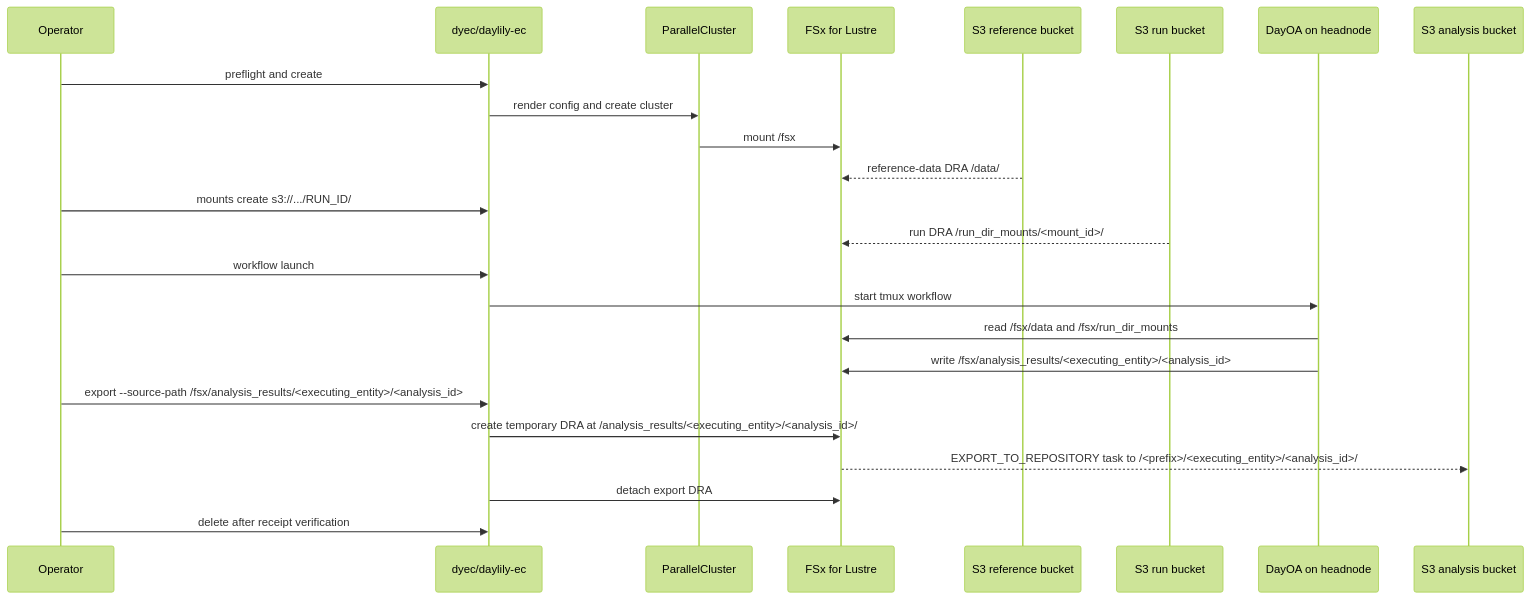
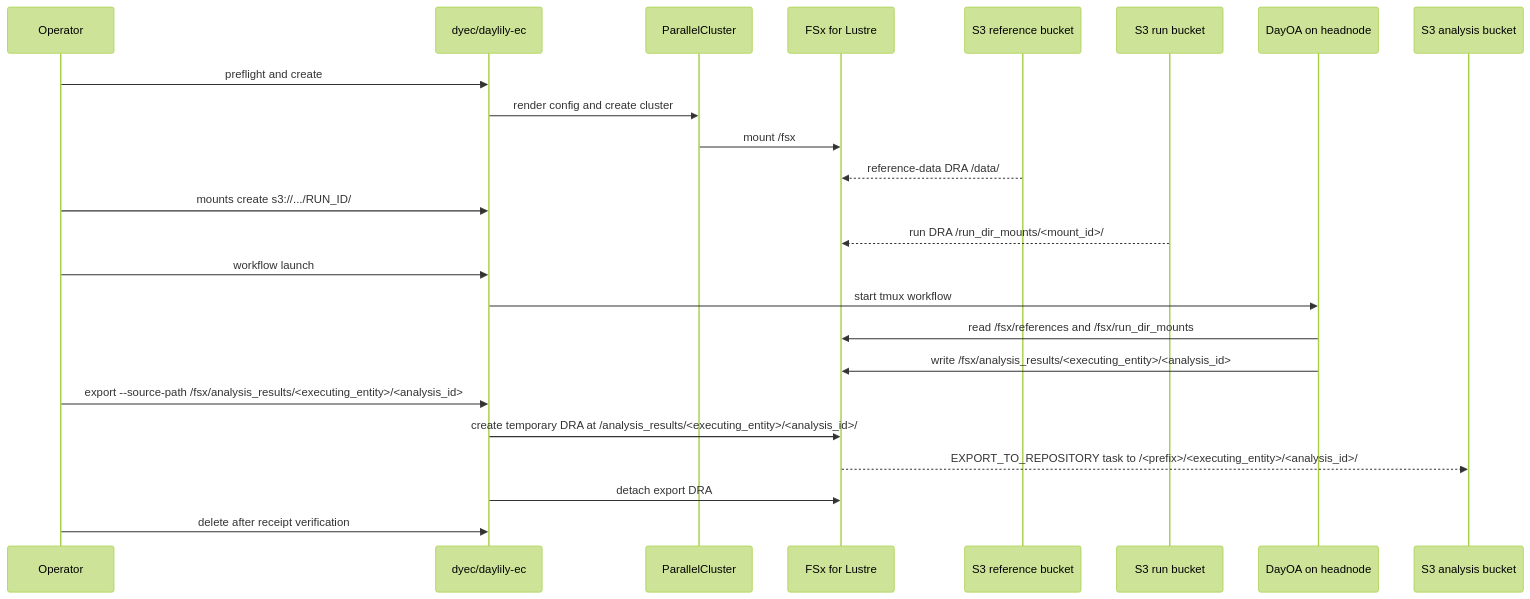
The first of 3 diagrams in docs/dra_fsx_strategy.md (Daylily-Informatics/daylily-ephemeral-cluster), drawn with Mermaid (forest theme) before and after one commit. The commit also changed other lines of this file and 162 other files, not shown here.

````diff
--- a/docs/dra_fsx_strategy.md
+++ b/docs/dra_fsx_strategy.md
@@ -18,27 +18,27 @@
 ```mermaid
 sequenceDiagram
   participant Op as Operator
   participant DyEC as dyec/daylily-ec
   participant PC as ParallelCluster
   participant FSx as FSx for Lustre
   participant Ref as S3 reference bucket
   participant Run as S3 run bucket
   participant DayOA as DayOA on headnode
   participant Out as S3 analysis bucket
 
   Op->>DyEC: preflight and create
   DyEC->>PC: render config and create cluster
   PC->>FSx: mount /fsx
   Ref-->>FSx: reference-data DRA /data/
   Op->>DyEC: mounts create s3://.../RUN_ID/
   Run-->>FSx: run DRA /run_dir_mounts/<mount_id>/
   Op->>DyEC: workflow launch
   DyEC->>DayOA: start tmux workflow
-  DayOA->>FSx: read /fsx/data and /fsx/run_dir_mounts
+  DayOA->>FSx: read /fsx/references and /fsx/run_dir_mounts
   DayOA->>FSx: write /fsx/analysis_results/<executing_entity>/<analysis_id>
   Op->>DyEC: export --source-path /fsx/analysis_results/<executing_entity>/<analysis_id>
   DyEC->>FSx: create temporary DRA at /analysis_results/<executing_entity>/<analysis_id>/
   FSx-->>Out: EXPORT_TO_REPOSITORY task to /<prefix>/<executing_entity>/<analysis_id>/
   DyEC->>FSx: detach export DRA
   Op->>DyEC: delete after receipt verification
 ```
````
